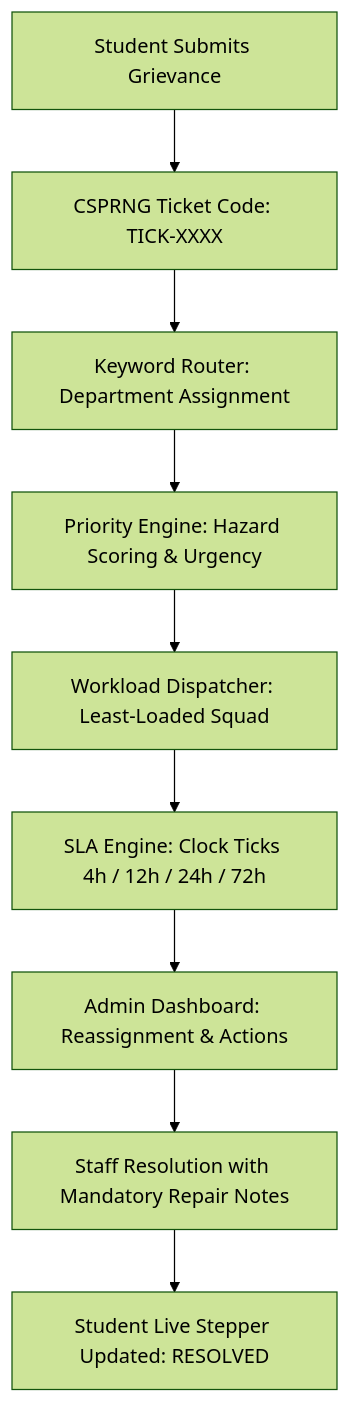
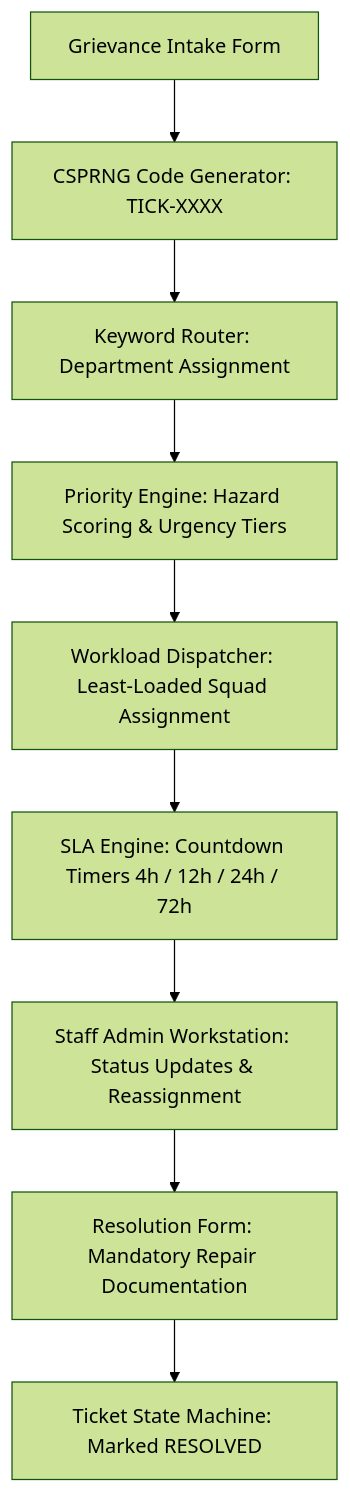
One commit to Headhunte-121/SmartComplaintHandler changed the diagram in README.md. Above: the diagram before and after it, drawn with Mermaid (forest theme). The commit also changed other lines of this file and 1 other file, not shown here.

Commit message:
docs: polish root README and docs hub into standard professional engineering documentation

````diff
--- a/README.md
+++ b/README.md
@@ -45,11 +51,11 @@
 ```mermaid
 graph TD
-    A[Student Submits Grievance] --> B[CSPRNG Ticket Code: TICK-XXXX]
+    A[Grievance Intake Form] --> B[CSPRNG Code Generator: TICK-XXXX]
     B --> C[Keyword Router: Department Assignment]
-    C --> D[Priority Engine: Hazard Scoring & Urgency]
-    D --> E[Workload Dispatcher: Least-Loaded Squad]
-    E --> F[SLA Engine: Clock Ticks 4h / 12h / 24h / 72h]
-    F --> G[Admin Dashboard: Reassignment & Actions]
-    G --> H[Staff Resolution with Mandatory Repair Notes]
-    H --> I[Student Live Stepper Updated: RESOLVED]
+    C --> D[Priority Engine: Hazard Scoring & Urgency Tiers]
+    D --> E[Workload Dispatcher: Least-Loaded Squad Assignment]
+    E --> F[SLA Engine: Countdown Timers 4h / 12h / 24h / 72h]
+    F --> G[Staff Admin Workstation: Status Updates & Reassignment]
+    G --> H[Resolution Form: Mandatory Repair Documentation]
+    H --> I[Ticket State Machine: Marked RESOLVED]
 ```
````
